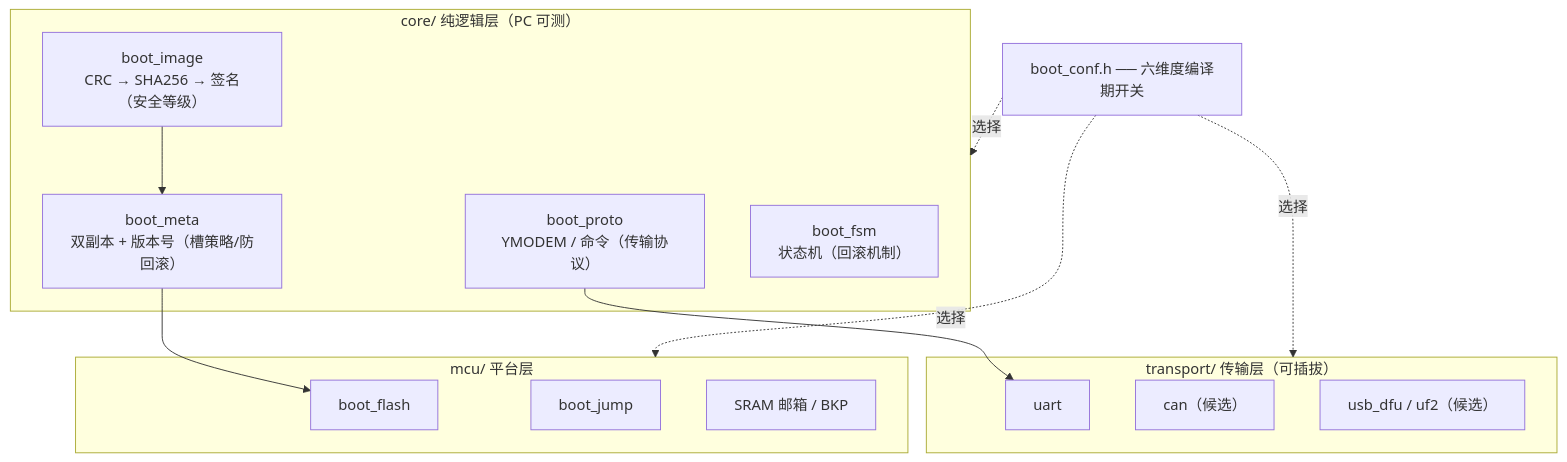
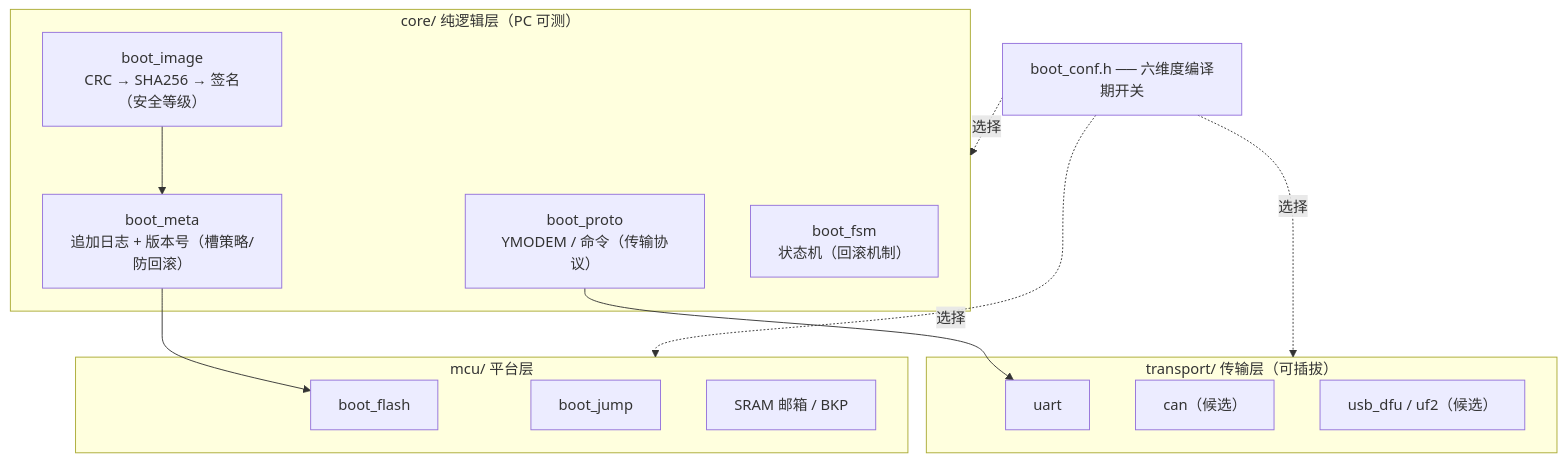
Before and after one commit to 1duck-duck1/cortex-m-ota-boot: the diagram in docs/05-bootloader-landscape.md, drawn with Mermaid. The commit also changed other lines of this file and 14 other files, not shown here.

First line of the commit message:
refactor(boot)!: Boot 扩至 64KB，Metadata 改为 sector 11 追加日志

````diff
--- a/docs/05-bootloader-landscape.md
+++ b/docs/05-bootloader-landscape.md
@@ -55,28 +55,28 @@
 ```mermaid
 flowchart TB
     CONF["boot_conf.h ── 六维度编译期开关"]
 
     subgraph CORE["core/ 纯逻辑层（PC 可测）"]
         PROTO["boot_proto<br/>YMODEM / 命令（传输协议）"]
-        META["boot_meta<br/>双副本 + 版本号（槽策略/防回滚）"]
+        META["boot_meta<br/>追加日志 + 版本号（槽策略/防回滚）"]
         IMAGE["boot_image<br/>CRC → SHA256 → 签名（安全等级）"]
         FSM["boot_fsm<br/>状态机（回滚机制）"]
     end
 
     subgraph TRAN["transport/ 传输层（可插拔）"]
         UART["uart"]
         CAN["can（候选）"]
         USB["usb_dfu / uf2（候选）"]
     end
 
     subgraph MCU["mcu/ 平台层"]
         FLASH["boot_flash"]
         JUMP["boot_jump"]
         MAILBOX["SRAM 邮箱 / BKP"]
     end
 
     CONF -.选择.-> CORE & TRAN & MCU
     PROTO --> UART
     META --> FLASH
     IMAGE --> META
 ```
````
